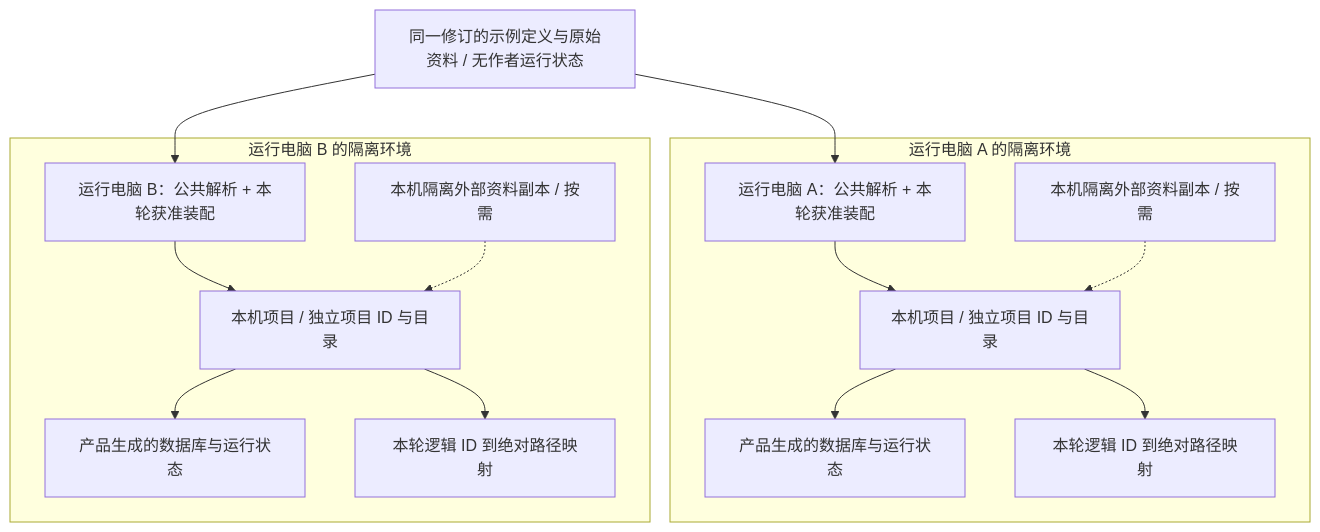
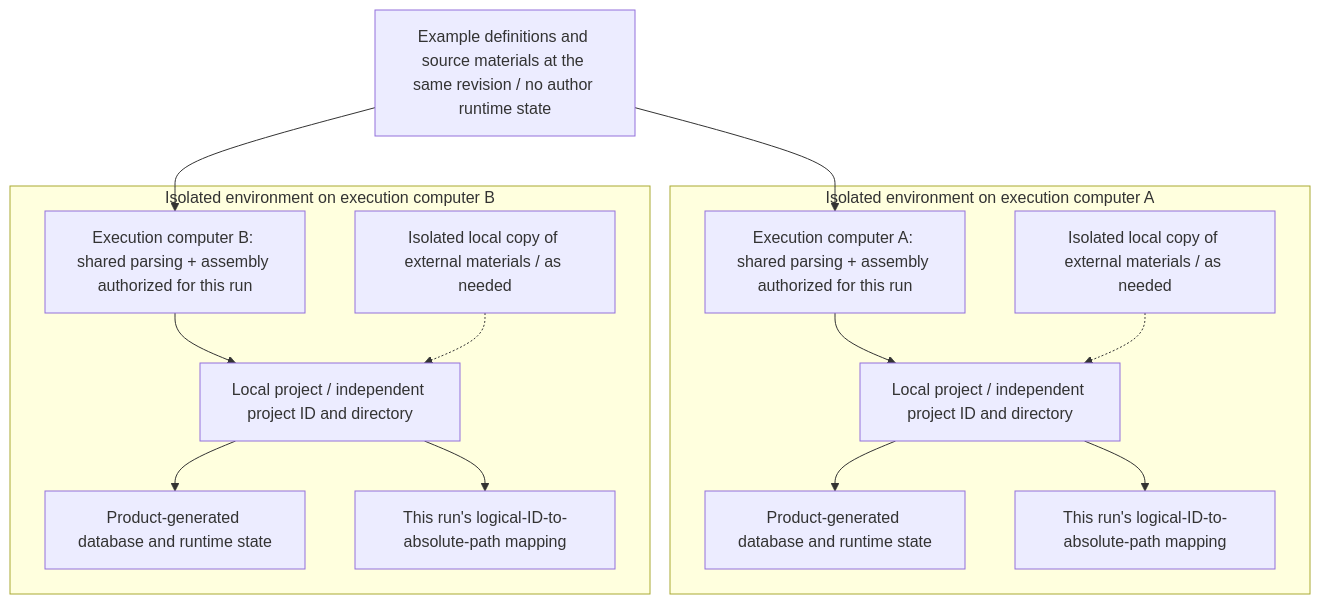
One commit to alibaba-damo-academy/ScholarSeed changed the second of 2 diagrams in docs/architecture/examples.md. Above: the diagram before and after it, drawn with Mermaid. The commit also changed other lines of this file and 44 other files, not shown here.

````diff
--- a/docs/architecture/examples.md
+++ b/docs/architecture/examples.md
@@ -365,18 +489,18 @@
 ```mermaid
 flowchart TB
-    Shared["同一修订的示例定义与原始资料 / 无作者运行状态"]
-    Shared --> PrepareA["运行电脑 A：公共解析 + 本轮获准装配"]
-    Shared --> PrepareB["运行电脑 B：公共解析 + 本轮获准装配"]
-    subgraph EnvA["运行电脑 A 的隔离环境"]
-        PrepareA --> ProjectA["本机项目 / 独立项目 ID 与目录"]
-        ProjectA --> StateA["产品生成的数据库与运行状态"]
-        ProjectA --> ReceiptA["本轮逻辑 ID 到绝对路径映射"]
-        ExternalA["本机隔离外部资料副本 / 按需"] -.-> ProjectA
+    Shared["Example definitions and source materials at the same revision / no author runtime state"]
+    Shared --> PrepareA["Execution computer A: shared parsing + assembly authorized for this run"]
+    Shared --> PrepareB["Execution computer B: shared parsing + assembly authorized for this run"]
+    subgraph EnvA["Isolated environment on execution computer A"]
+        PrepareA --> ProjectA["Local project / independent project ID and directory"]
+        ProjectA --> StateA["Product-generated database and runtime state"]
+        ProjectA --> ReceiptA["This run's logical-ID-to-absolute-path mapping"]
+        ExternalA["Isolated local copy of external materials / as needed"] -.-> ProjectA
     end
-    subgraph EnvB["运行电脑 B 的隔离环境"]
-        PrepareB --> ProjectB["本机项目 / 独立项目 ID 与目录"]
-        ProjectB --> StateB["产品生成的数据库与运行状态"]
-        ProjectB --> ReceiptB["本轮逻辑 ID 到绝对路径映射"]
-        ExternalB["本机隔离外部资料副本 / 按需"] -.-> ProjectB
+    subgraph EnvB["Isolated environment on execution computer B"]
+        PrepareB --> ProjectB["Local project / independent project ID and directory"]
+        ProjectB --> StateB["Product-generated database and runtime state"]
+        ProjectB --> ReceiptB["This run's logical-ID-to-absolute-path mapping"]
+        ExternalB["Isolated local copy of external materials / as needed"] -.-> ProjectB
     end
 ```
````
